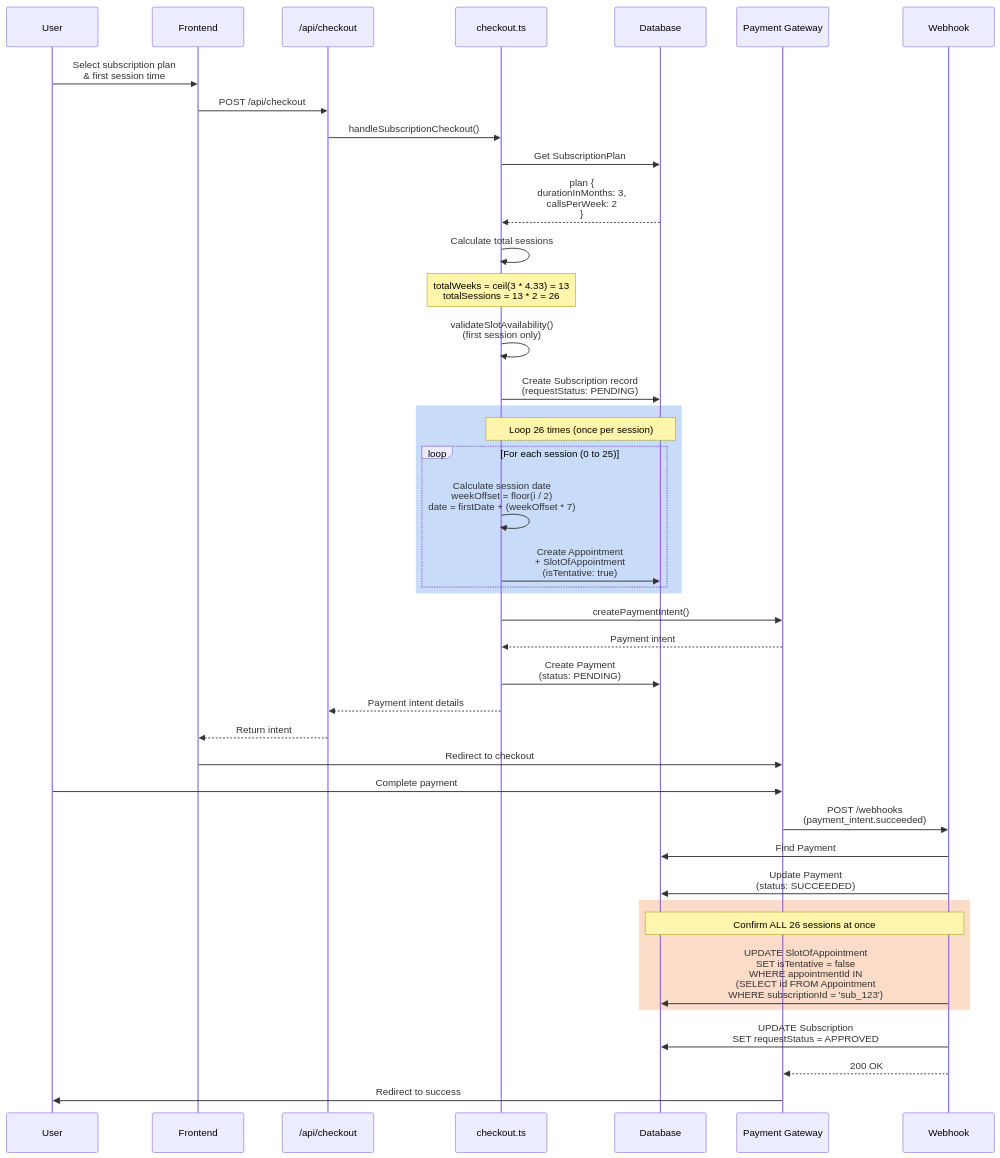
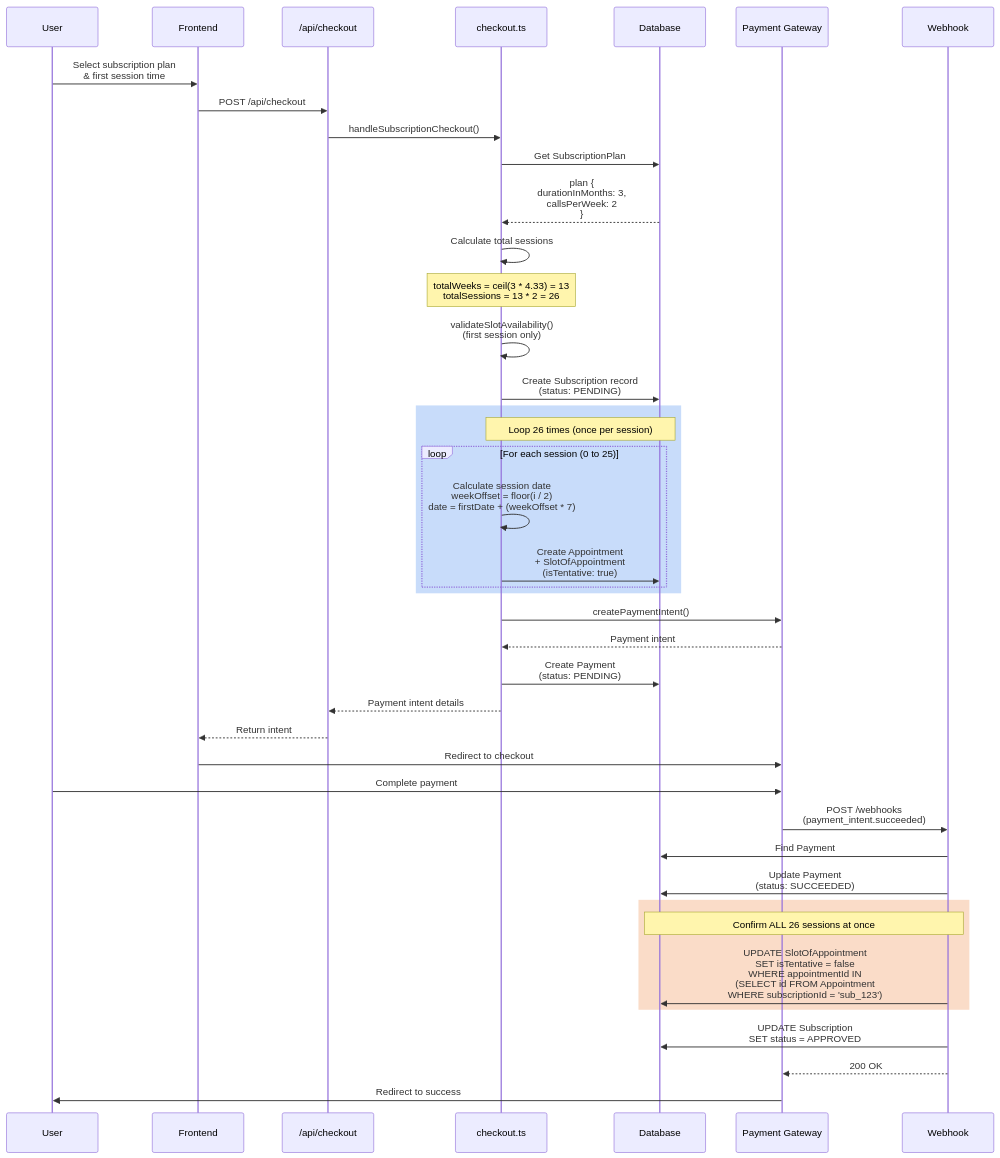
The second of 2 diagrams in docs/payments/checkout-flow/01-overview-and-consultation.md (Practitionist/familiarise_web), drawn with Mermaid before and after one commit. The commit also changed other lines of this file and 56 other files, not shown here.

````diff
--- a/docs/payments/checkout-flow/01-overview-and-consultation.md
+++ b/docs/payments/checkout-flow/01-overview-and-consultation.md
@@ -900,57 +905,57 @@
 ```mermaid
 sequenceDiagram
     participant U as User
     participant FE as Frontend
     participant API as /api/checkout
     participant CO as checkout.ts
     participant DB as Database
     participant PG as Payment Gateway
     participant WH as Webhook
 
     U->>FE: Select subscription plan<br/>& first session time
     FE->>API: POST /api/checkout
 
     API->>CO: handleSubscriptionCheckout()
     CO->>DB: Get SubscriptionPlan
     DB-->>CO: plan {<br/>  durationInMonths: 3,<br/>  callsPerWeek: 2<br/>}
 
     CO->>CO: Calculate total sessions
     Note over CO: totalWeeks = ceil(3 * 4.33) = 13<br/>totalSessions = 13 * 2 = 26
 
     CO->>CO: validateSlotAvailability()<br/>(first session only)
 
-    CO->>DB: Create Subscription record<br/>(requestStatus: PENDING)
+    CO->>DB: Create Subscription record<br/>(status: PENDING)
 
     rect rgb(200, 220, 250)
         Note over CO,DB: Loop 26 times (once per session)
         loop For each session (0 to 25)
             CO->>CO: Calculate session date<br/>weekOffset = floor(i / 2)<br/>date = firstDate + (weekOffset * 7)
             CO->>DB: Create Appointment<br/>+ SlotOfAppointment<br/>(isTentative: true)
         end
     end
 
     CO->>PG: createPaymentIntent()
     PG-->>CO: Payment intent
 
     CO->>DB: Create Payment<br/>(status: PENDING)
     CO-->>API: Payment intent details
     API-->>FE: Return intent
 
     FE->>PG: Redirect to checkout
     U->>PG: Complete payment
 
     PG->>WH: POST /webhooks<br/>(payment_intent.succeeded)
 
     WH->>DB: Find Payment
     WH->>DB: Update Payment<br/>(status: SUCCEEDED)
 
     rect rgb(250, 220, 200)
         Note over WH,DB: Confirm ALL 26 sessions at once
         WH->>DB: UPDATE SlotOfAppointment<br/>SET isTentative = false<br/>WHERE appointmentId IN<br/>  (SELECT id FROM Appointment<br/>   WHERE subscriptionId = 'sub_123')
     end
 
-    WH->>DB: UPDATE Subscription<br/>SET requestStatus = APPROVED
+    WH->>DB: UPDATE Subscription<br/>SET status = APPROVED
 
     WH-->>PG: 200 OK
     PG->>U: Redirect to success
 ```
````
